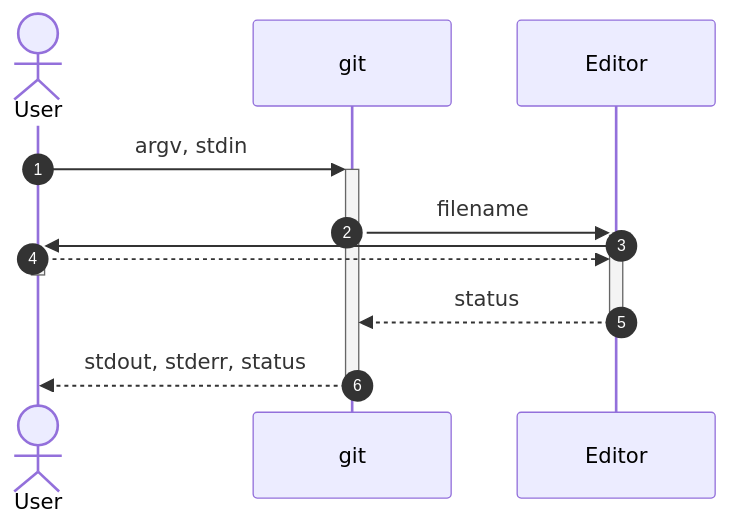
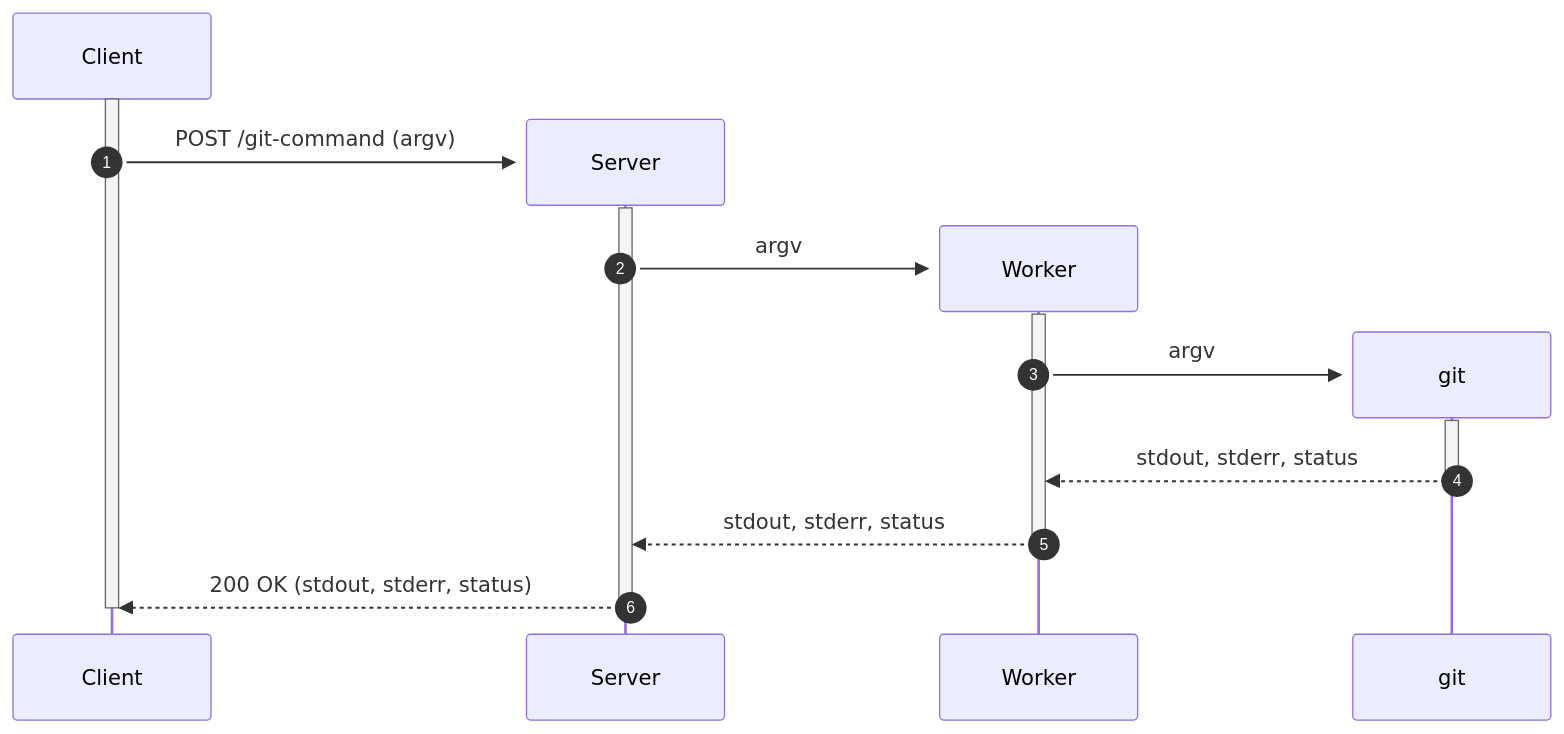
The third of 6 diagrams in doc/git-communication.md (CR1337/git-educational-game-backend), drawn with Mermaid before and after one commit. The commit also changed other lines of this file and 4 other files, not shown here.

Commit message:
cleanup & diagrams

````diff
--- a/doc/git-communication.md
+++ b/doc/git-communication.md
@@ -38,14 +46,24 @@
 ```mermaid
 sequenceDiagram
     autonumber
-    actor User
-    participant git
-    participant Editor
+    participant Client
 
-    User ->>+ git: argv, stdin
-        git ->>+ Editor: filename
-            Editor ->>+ User:
-            User -->>- Editor:
-        Editor -->>- git: status
-    git -->>- User: stdout, stderr, status
+    activate Client
+    
+    create participant Server
+    Client ->>+ Server: POST /git-command (argv)
+
+        create participant Worker
+        Server ->>+ Worker: argv
+
+            create participant git
+            Worker ->>+ git: argv
+
+            git -->>- Worker: stdout, stderr, status
+
+        Worker -->>- Server: stdout, stderr, status
+
+    Server -->>- Client: 200 OK (stdout, stderr, status)
+
+    deactivate Client
 ```
````
